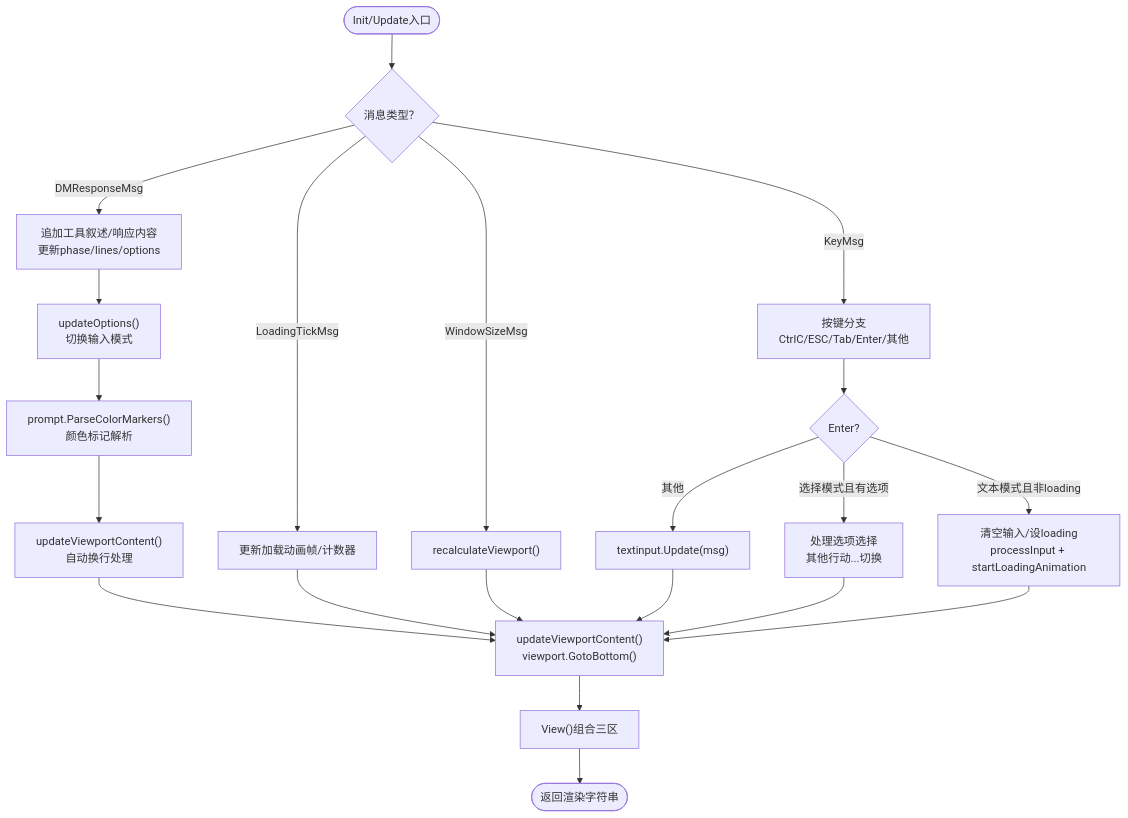
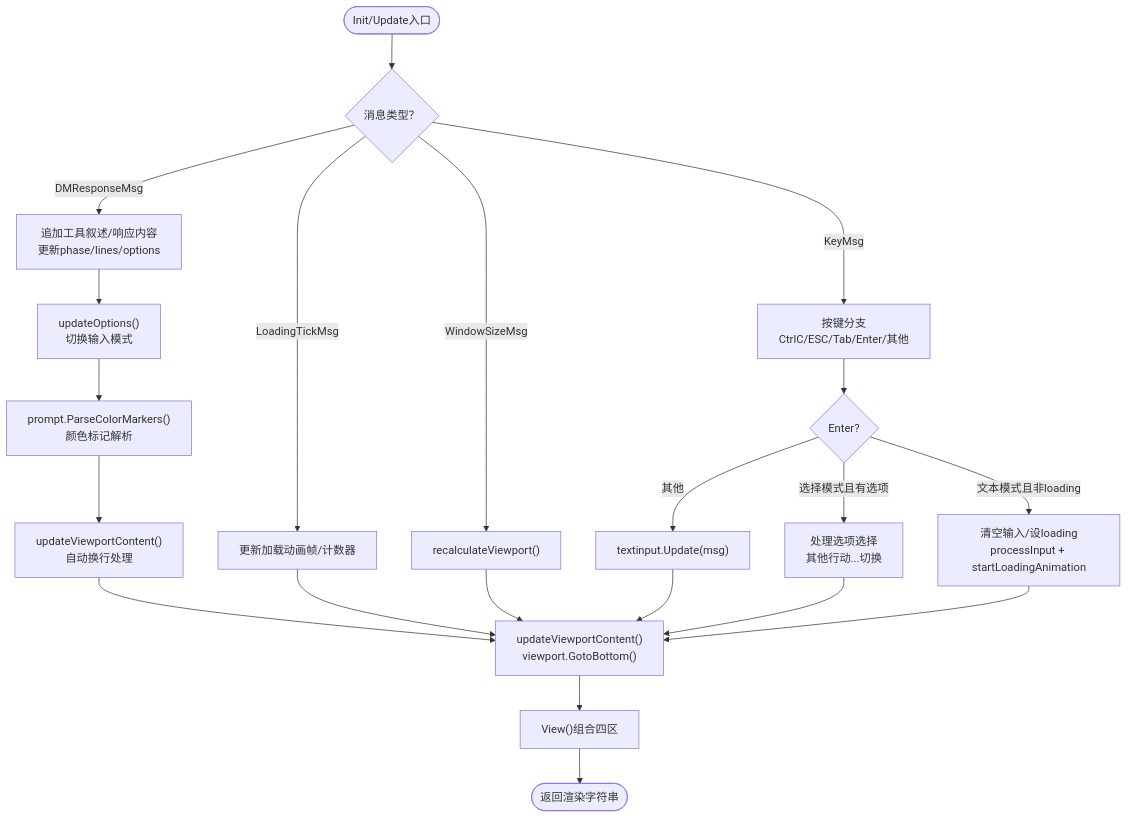
The third of 7 diagrams in .qoder/repowiki/zh/content/用户界面/用户界面.md (zwh8800/cdnd), drawn with Mermaid before and after one commit. The commit also changed other lines of this file and 102 other files, not shown here.

````diff
--- a/.qoder/repowiki/zh/content/用户界面/用户界面.md
+++ b/.qoder/repowiki/zh/content/用户界面/用户界面.md
@@ -194,23 +210,23 @@
 ```mermaid
 flowchart TD
 Start(["Init/Update入口"]) --> CheckMsg{"消息类型？"}
 CheckMsg --> |KeyMsg| KeySwitch["按键分支<br/>CtrlC/ESC/Tab/Enter/其他"]
 CheckMsg --> |WindowSizeMsg| Recalc["recalculateViewport()"]
 CheckMsg --> |DMResponseMsg| UpdateLines["追加工具叙述/响应内容<br/>更新phase/lines/options"]
 CheckMsg --> |LoadingTickMsg| TickAnim["更新加载动画帧/计数器"]
 KeySwitch --> EnterBranch{"Enter?"}
 EnterBranch --> |选择模式且有选项| SelectEnter["处理选项选择<br/>其他行动...切换"]
 EnterBranch --> |文本模式且非loading| Submit["清空输入/设loading<br/>processInput + startLoadingAnimation"]
 EnterBranch --> |其他| TextInput["textinput.Update(msg)"]
 UpdateLines --> UpdateOptions["updateOptions()<br/>切换输入模式"]
 UpdateOptions --> ParseColors["prompt.ParseColorMarkers()<br/>颜色标记解析"]
 ParseColors --> WrapContent["updateViewportContent()<br/>自动换行处理"]
 WrapContent --> Render["updateViewportContent()<br/>viewport.GotoBottom()"]
 TickAnim --> Render
 Recalc --> Render
 TextInput --> Render
 SelectEnter --> Render
 Submit --> Render
-Render --> ViewOut["View()组合三区"]
+Render --> ViewOut["View()组合四区"]
 ViewOut --> End(["返回渲染字符串"])
 ```
````
